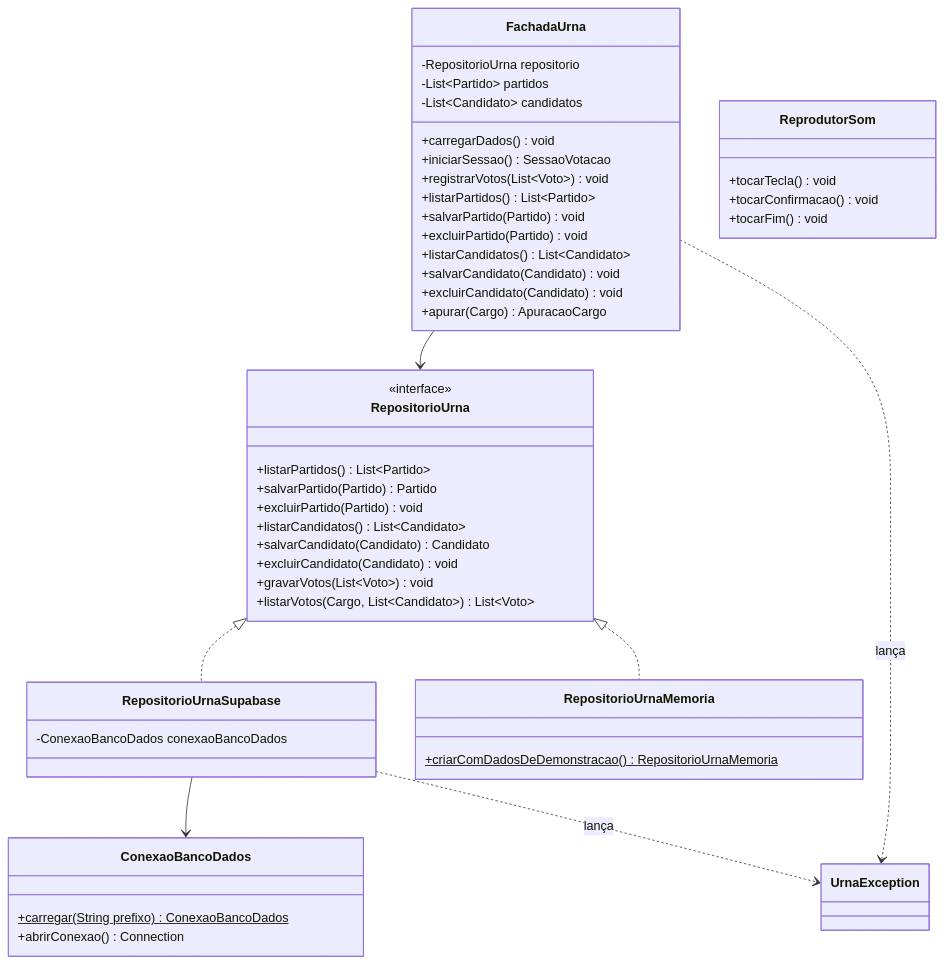
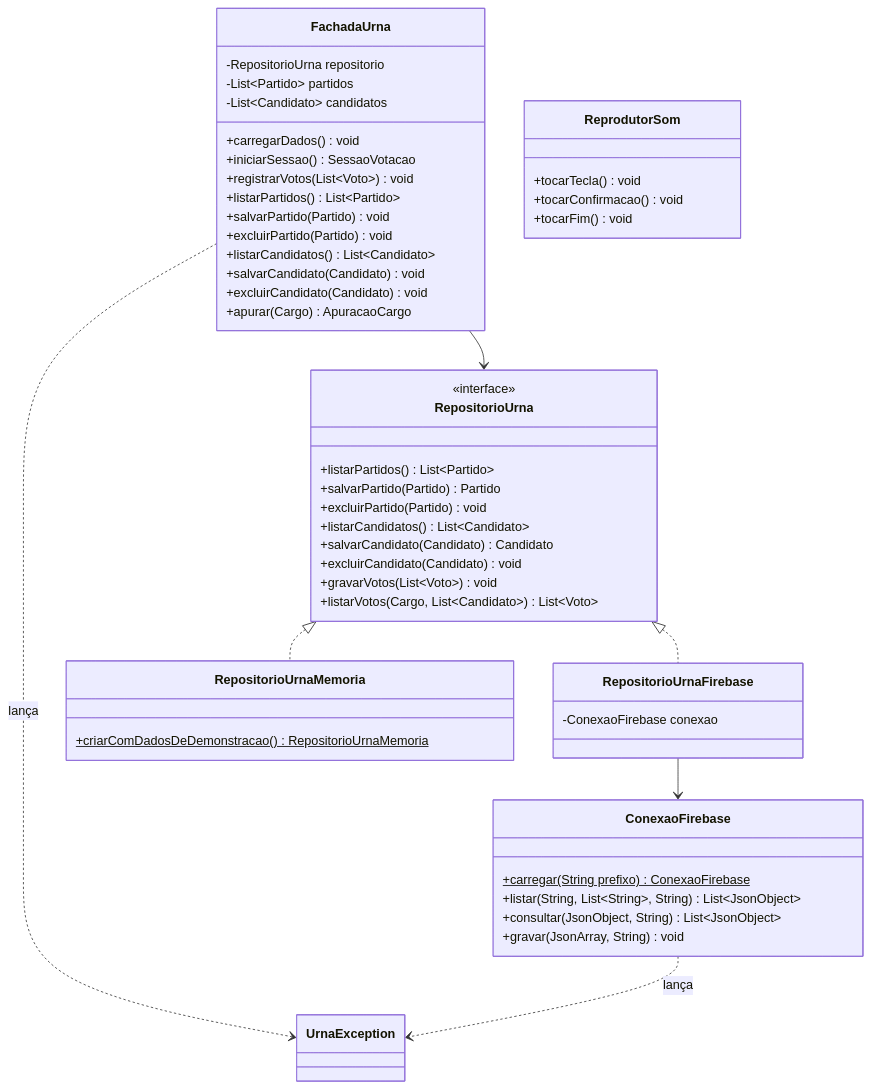
The diagram in docs/uml/04-classes-negocio-persistencia.mmd (joaovsbarros10/urna-eletronica), drawn with Mermaid before and after one commit. The commit also changed 32 other files, not shown here.

First line of the commit message:
Troca o Supabase pelo Firebase e mostra porcentagem na apuração (versão 2.1)

```diff
--- a/docs/uml/04-classes-negocio-persistencia.mmd
+++ b/docs/uml/04-classes-negocio-persistencia.mmd
@@ -1,55 +1,57 @@
 %% Negócio, persistência, som e exceção.
 classDiagram
     direction TB
 
     class FachadaUrna {
         -RepositorioUrna repositorio
         -List~Partido~ partidos
         -List~Candidato~ candidatos
         +carregarDados() void
         +iniciarSessao() SessaoVotacao
         +registrarVotos(List~Voto~) void
         +listarPartidos() List~Partido~
         +salvarPartido(Partido) void
         +excluirPartido(Partido) void
         +listarCandidatos() List~Candidato~
         +salvarCandidato(Candidato) void
         +excluirCandidato(Candidato) void
         +apurar(Cargo) ApuracaoCargo
     }
 
     class RepositorioUrna {
         <<interface>>
         +listarPartidos() List~Partido~
         +salvarPartido(Partido) Partido
         +excluirPartido(Partido) void
         +listarCandidatos() List~Candidato~
         +salvarCandidato(Candidato) Candidato
         +excluirCandidato(Candidato) void
         +gravarVotos(List~Voto~) void
         +listarVotos(Cargo, List~Candidato~) List~Voto~
     }
 
-    class RepositorioUrnaSupabase {
-        -ConexaoBancoDados conexaoBancoDados
+    class RepositorioUrnaFirebase {
+        -ConexaoFirebase conexao
     }
     class RepositorioUrnaMemoria {
         +criarComDadosDeDemonstracao()$ RepositorioUrnaMemoria
     }
-    class ConexaoBancoDados {
-        +carregar(String prefixo)$ ConexaoBancoDados
-        +abrirConexao() Connection
+    class ConexaoFirebase {
+        +carregar(String prefixo)$ ConexaoFirebase
+        +listar(String, List~String~, String) List~JsonObject~
+        +consultar(JsonObject, String) List~JsonObject~
+        +gravar(JsonArray, String) void
     }
     class ReprodutorSom {
         +tocarTecla() void
         +tocarConfirmacao() void
         +tocarFim() void
     }
     class UrnaException
 
     FachadaUrna --> RepositorioUrna
-    RepositorioUrna <|.. RepositorioUrnaSupabase
+    RepositorioUrna <|.. RepositorioUrnaFirebase
     RepositorioUrna <|.. RepositorioUrnaMemoria
-    RepositorioUrnaSupabase --> ConexaoBancoDados
+    RepositorioUrnaFirebase --> ConexaoFirebase
     FachadaUrna ..> UrnaException : lança
-    RepositorioUrnaSupabase ..> UrnaException : lança
+    ConexaoFirebase ..> UrnaException : lança
```
